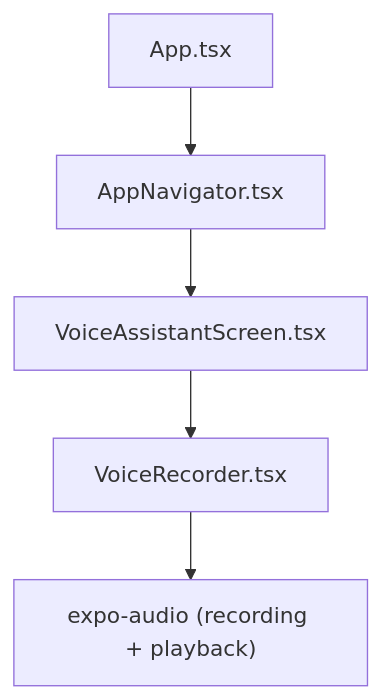
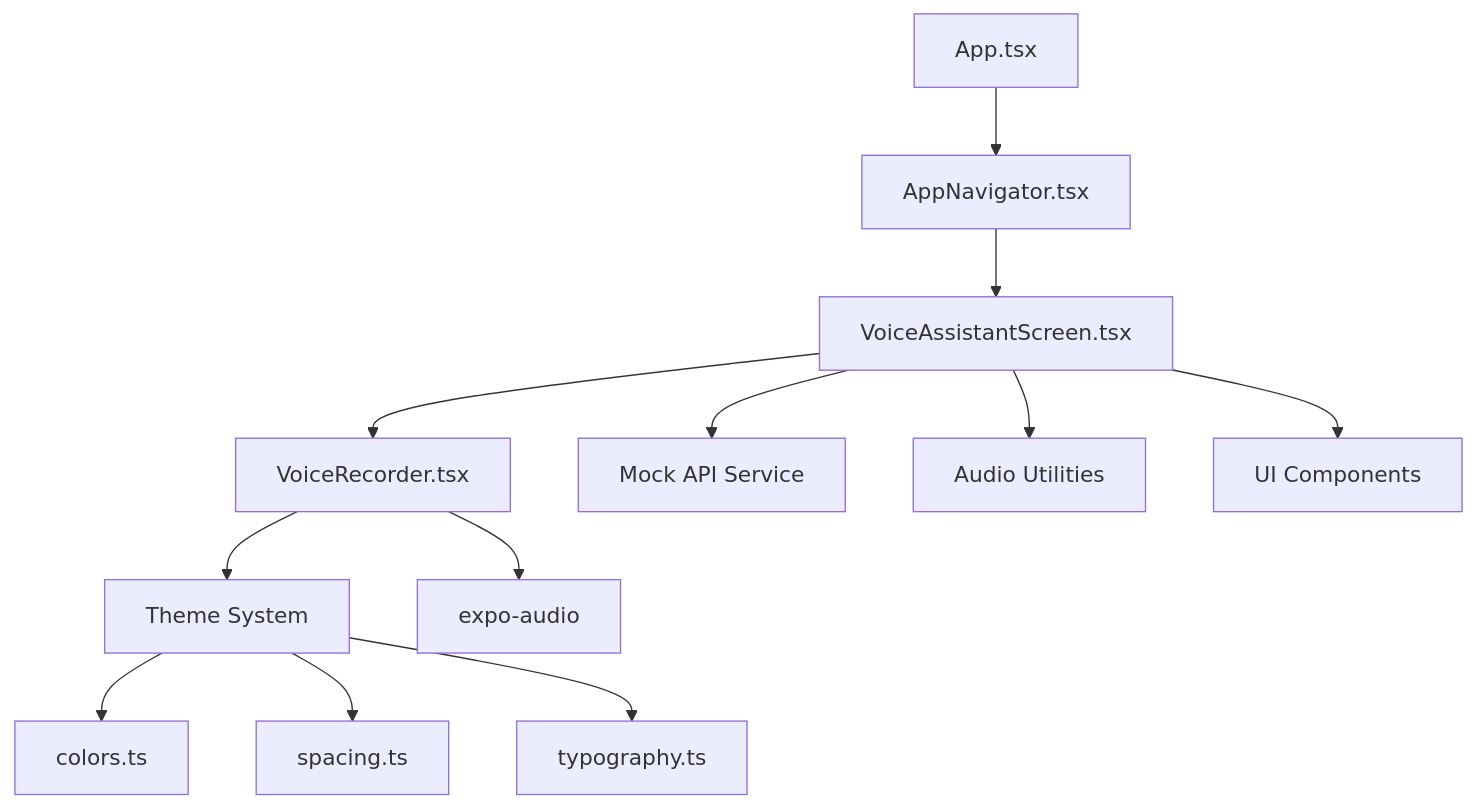
One commit to Aiman-Naeem/KisaanDost_AI_hackathon_Pakistan changed the first of 2 diagrams in .qoder/repowiki/en/content/Component Reference.md. Above: the diagram before and after it, drawn with Mermaid. The commit also changed other lines of this file and 42 other files, not shown here.

````diff
--- a/.qoder/repowiki/en/content/Component Reference.md
+++ b/.qoder/repowiki/en/content/Component Reference.md
@@ -29,7 +48,14 @@
 ```mermaid
 graph TB
 App["App.tsx"] --> Nav["AppNavigator.tsx"]
 Nav --> Screen["VoiceAssistantScreen.tsx"]
 Screen --> VR["VoiceRecorder.tsx"]
-VR --> ExpoAudio["expo-audio (recording + playback)"]
+VR --> Theme["Theme System"]
+VR --> ExpoAudio["expo-audio"]
+Screen --> API["Mock API Service"]
+Screen --> Utils["Audio Utilities"]
+Screen --> UI["UI Components"]
+Theme --> Colors["colors.ts"]
+Theme --> Spacing["spacing.ts"]
+Theme --> Typography["typography.ts"]
 ```
````
